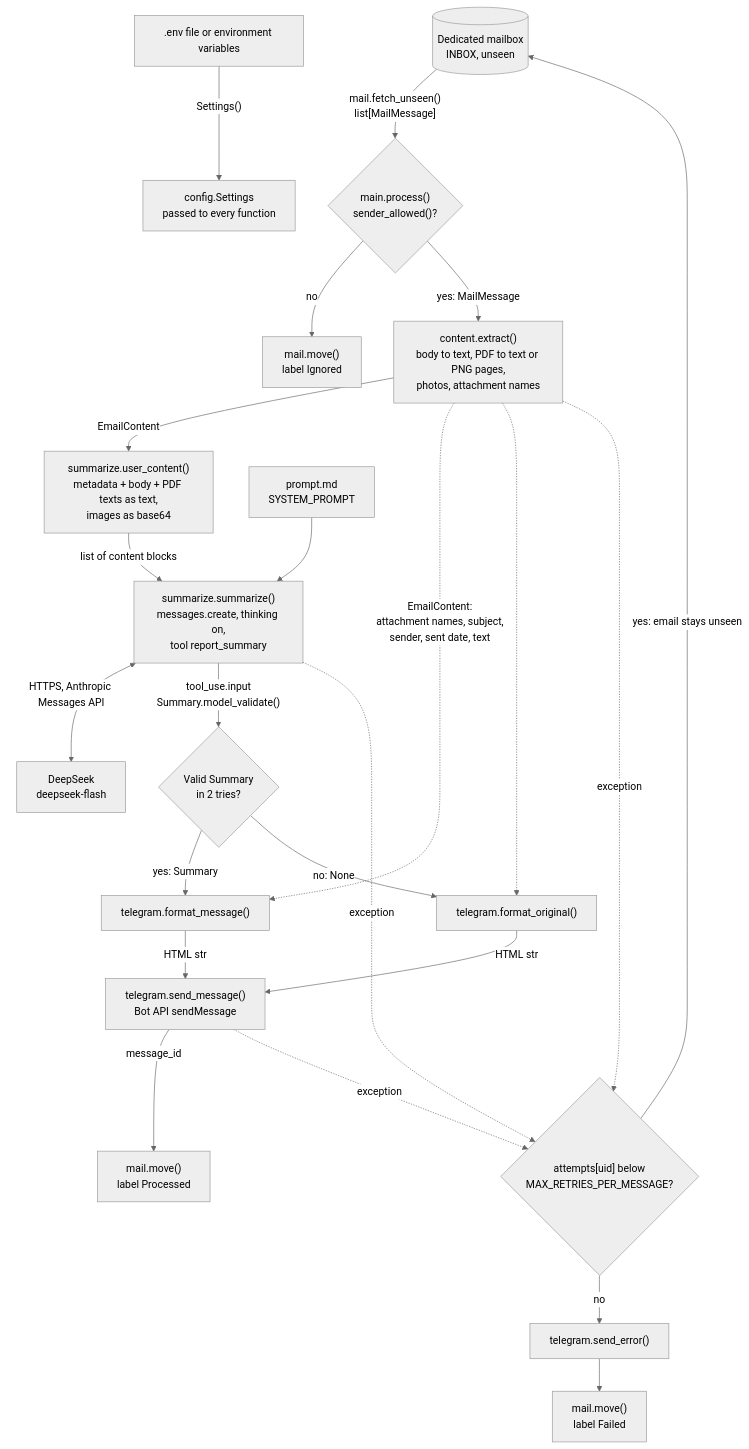
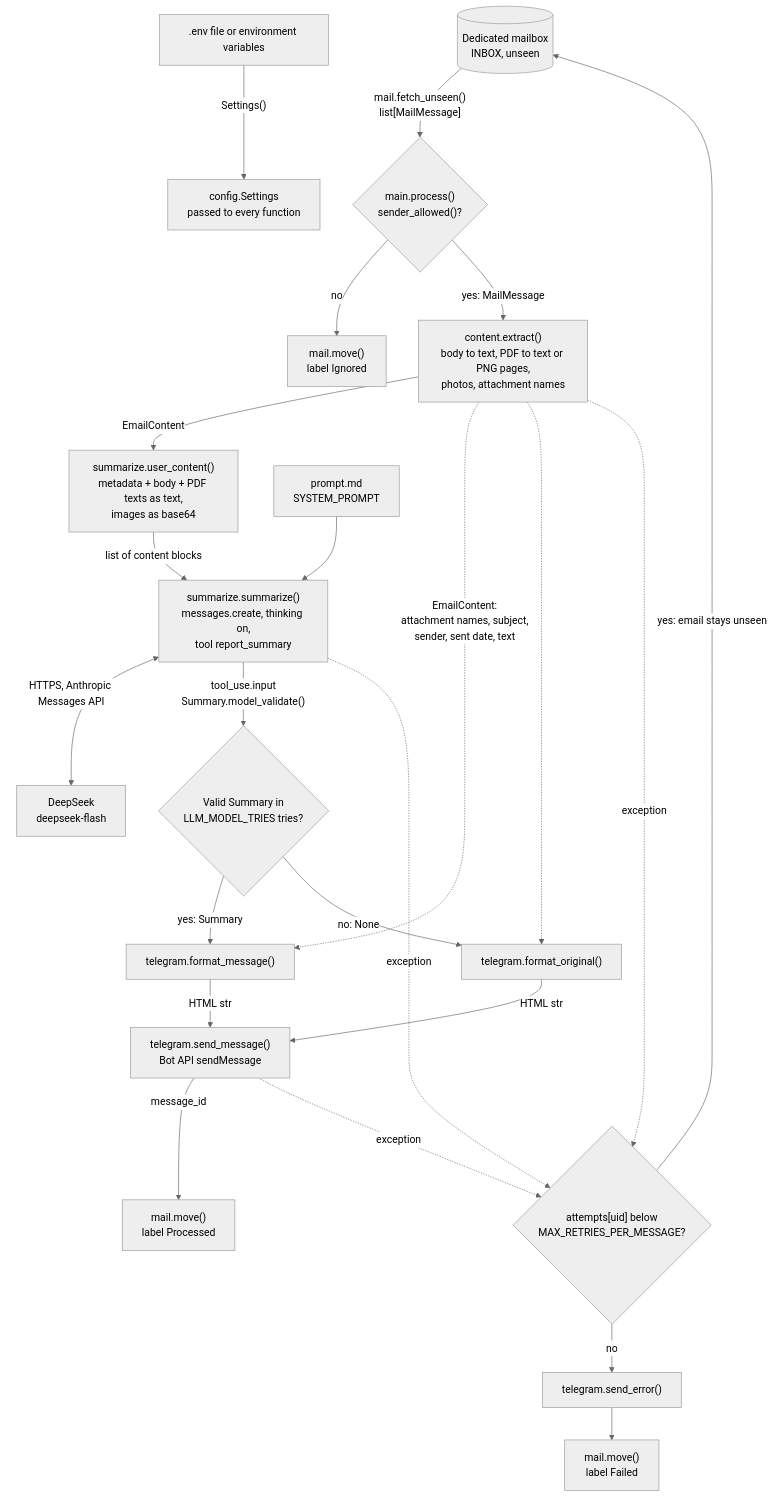
The second of 4 diagrams in docs/code/README.md (DeV1L/kindergarten-email-checker), drawn with Mermaid (neutral theme) before and after one commit. The commit also changed other lines of this file and 12 other files, not shown here.

````diff
--- a/docs/code/README.md
+++ b/docs/code/README.md
@@ -33,26 +63,26 @@
 ```mermaid
 flowchart TD
     ENV[".env file or environment variables"] -->|"Settings()"| S["config.Settings<br/>passed to every function"]
 
     G[("Dedicated mailbox<br/>INBOX, unseen")] -->|"mail.fetch_unseen()<br/>list[MailMessage]"| P{"main.process()<br/>sender_allowed()?"}
     P -->|no| IG["mail.move()<br/>label Ignored"]
     P -->|"yes: MailMessage"| X["content.extract()<br/>body to text, PDF to text or PNG pages,<br/>photos, attachment names"]
     X -->|EmailContent| U["summarize.user_content()<br/>metadata + body + PDF texts as text,<br/>images as base64"]
     PR["prompt.md<br/>SYSTEM_PROMPT"] --> M
     U -->|"list of content blocks"| M["summarize.summarize()<br/>messages.create, thinking on,<br/>tool report_summary"]
     M <-->|"HTTPS, Anthropic Messages API"| D["DeepSeek<br/>deepseek-flash"]
-    M -->|"tool_use.input<br/>Summary.model_validate()"| V{"Valid Summary<br/>in 2 tries?"}
+    M -->|"tool_use.input<br/>Summary.model_validate()"| V{"Valid Summary in<br/>LLM_MODEL_TRIES tries?"}
     V -->|"yes: Summary"| FM["telegram.format_message()"]
     V -->|"no: None"| FO["telegram.format_original()"]
     X -.->|"EmailContent:<br/>attachment names, subject,<br/>sender, sent date, text"| FM
     X -.-> FO
     FM -->|"HTML str"| SM["telegram.send_message()<br/>Bot API sendMessage"]
     FO -->|"HTML str"| SM
     SM -->|message_id| PRC["mail.move()<br/>label Processed"]
 
     X -. exception .-> ERR{"attempts[uid] below<br/>MAX_RETRIES_PER_MESSAGE?"}
     M -. exception .-> ERR
     SM -. exception .-> ERR
     ERR -->|"yes: email stays unseen"| G
     ERR -->|no| SE["telegram.send_error()"] --> FL["mail.move()<br/>label Failed"]
 ```
````
